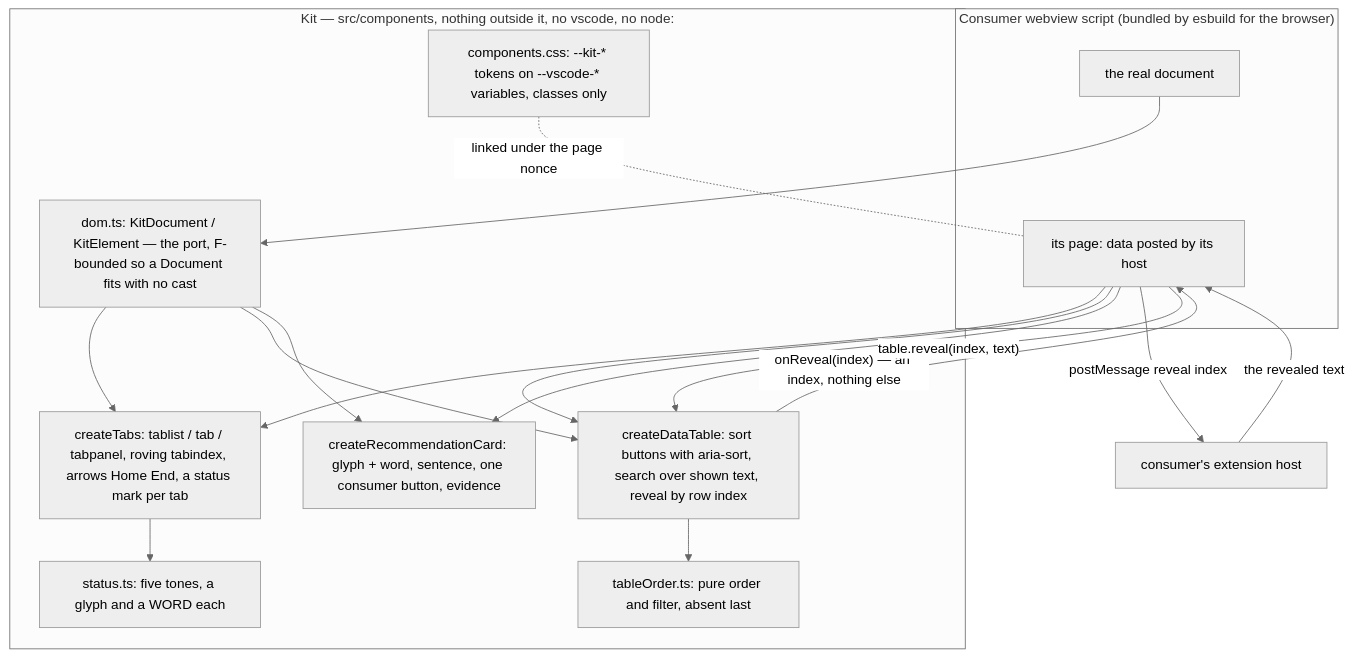
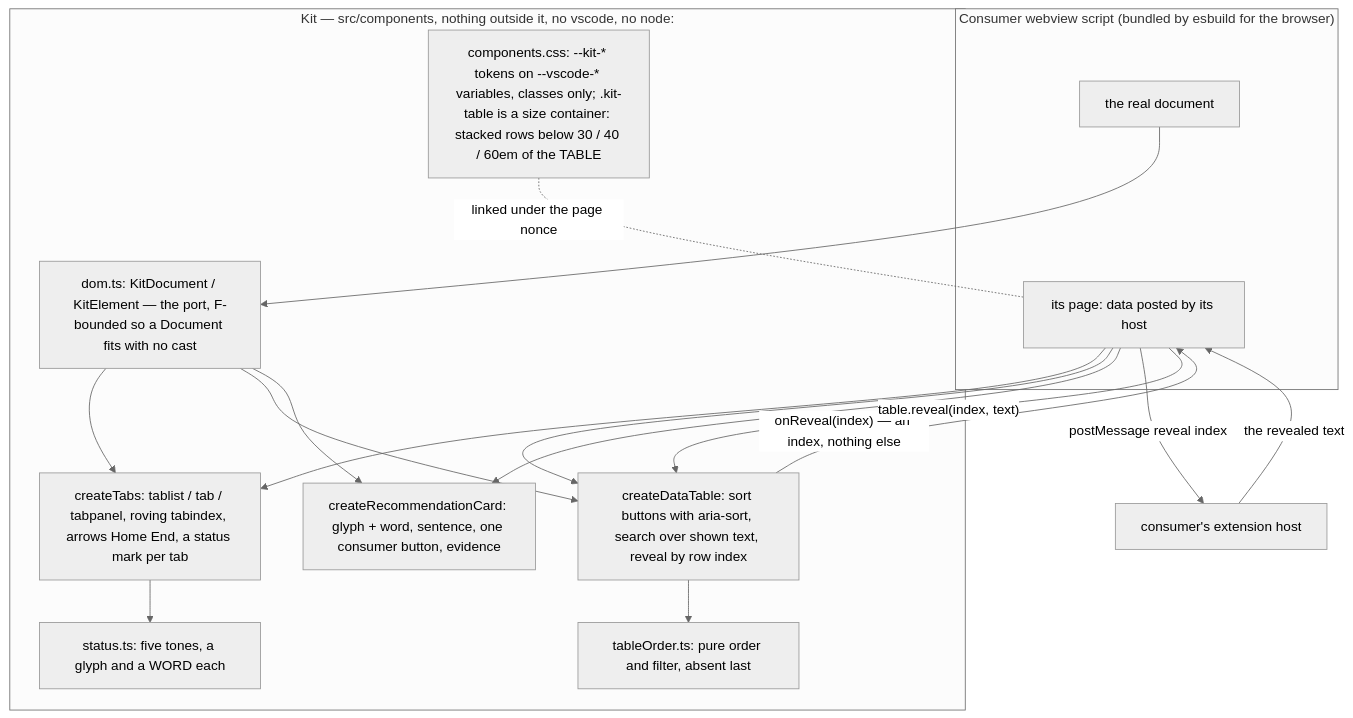
The fourth of 6 diagrams in research/architecture.md (oleksandrdubyna88/dew_flow_vscode_kit), drawn with Mermaid (neutral theme) before and after one commit. The commit also changed other lines of this file and 20 other files, not shown here.

Commit message:
wip(kit): K1 — no-scroll DataTable and layout check in progress, saved before a pause (draft, not reviewed)

````diff
--- a/research/architecture.md
+++ b/research/architecture.md
@@ -311,31 +312,31 @@
 ```mermaid
 flowchart TB
   subgraph consumer["Consumer webview script (bundled by esbuild for the browser)"]
     page["its page: data posted by its host"]
     doc["the real document"]
   end
   subgraph kit["Kit — src/components, nothing outside it, no vscode, no node:"]
     port["dom.ts: KitDocument / KitElement — the port, F-bounded so a Document fits with no cast"]
     tabs["createTabs: tablist / tab / tabpanel, roving tabindex, arrows Home End, a status mark per tab"]
     table["createDataTable: sort buttons with aria-sort, search over shown text, reveal by row index"]
     order["tableOrder.ts: pure order and filter, absent last"]
     card["createRecommendationCard: glyph + word, sentence, one consumer button, evidence"]
     status["status.ts: five tones, a glyph and a WORD each"]
-    css["components.css: --kit-* tokens on --vscode-* variables, classes only"]
+    css["components.css: --kit-* tokens on --vscode-* variables, classes only; .kit-table is a size container: stacked rows below 30 / 40 / 60em of the TABLE"]
   end
   host["consumer's extension host"]
   page --> tabs
   page --> table
   page --> card
   doc --> port
   port --> tabs
   port --> table
   port --> card
   table --> order
   tabs --> status
   table -- "onReveal(index) — an index, nothing else" --> page
   page -- "postMessage reveal index" --> host
   host -- "the revealed text" --> page
   page -- "table.reveal(index, text)" --> table
   css -. "linked under the page nonce" .- page
 ```
````
